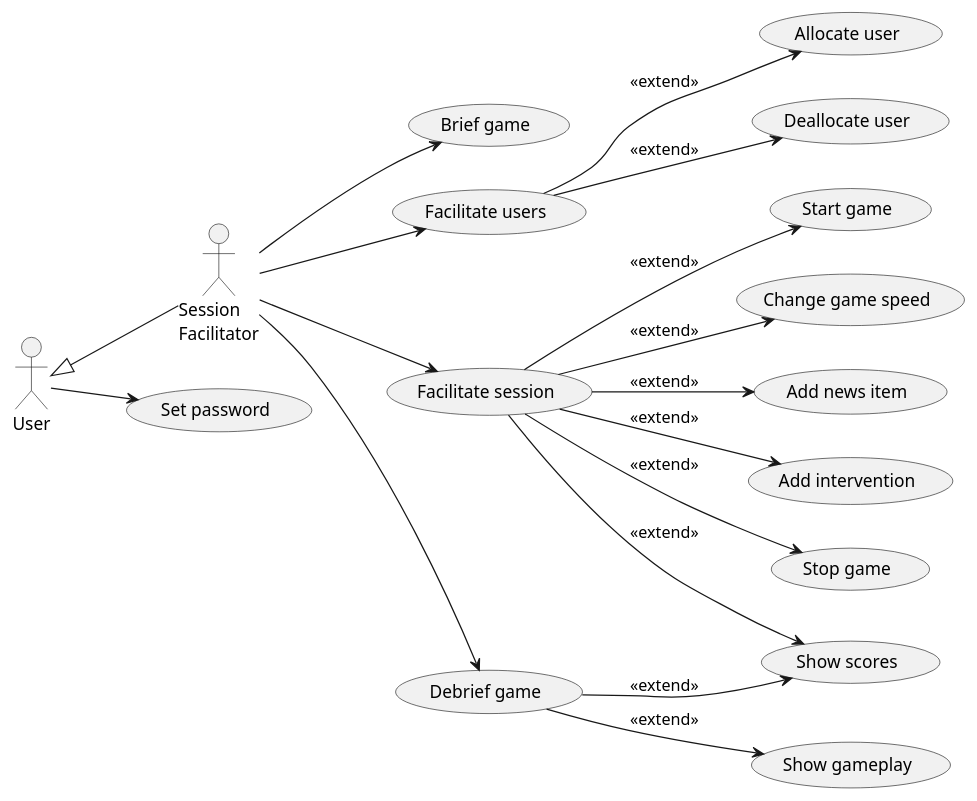
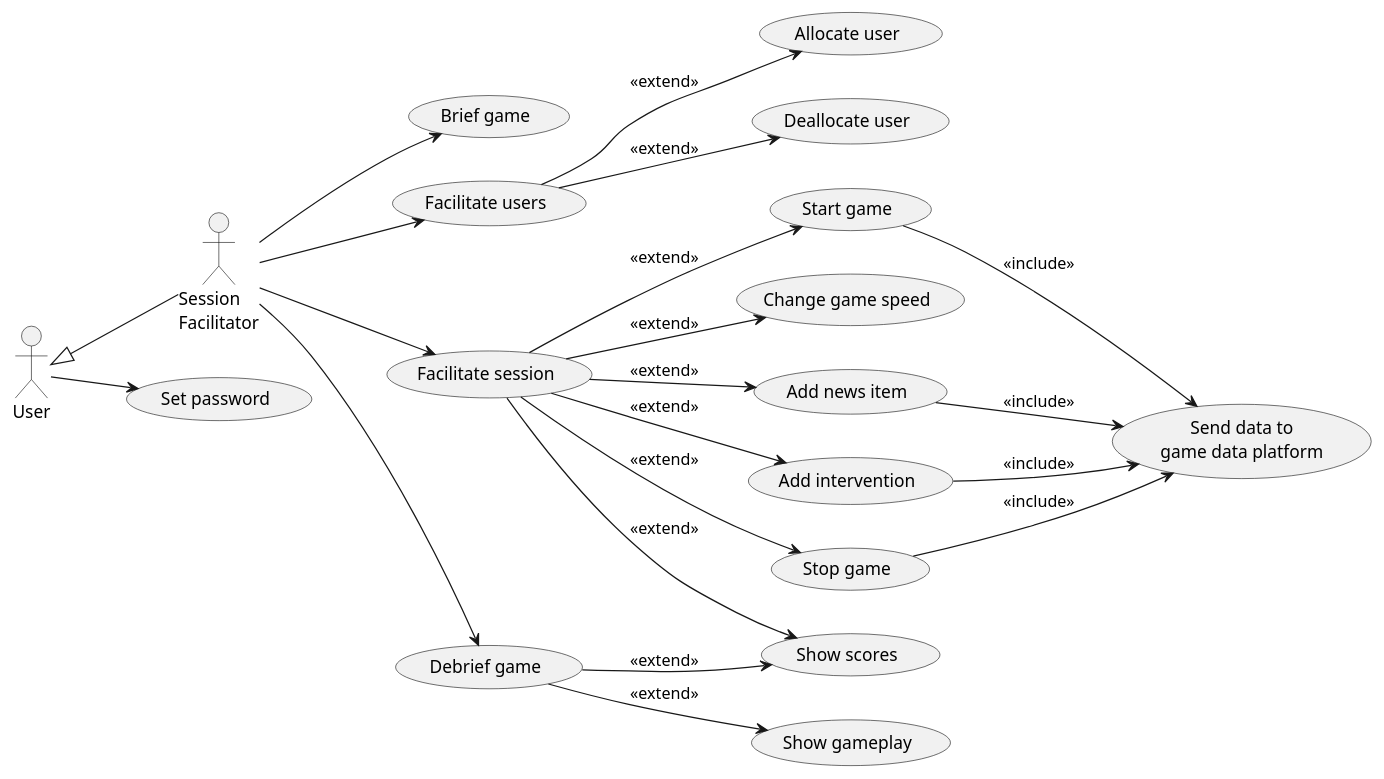
One commit to averbraeck/gscg-design changed the diagram in doc/1-use-cases/diagrams/session-facilitation.puml. Above: the diagram before and after it, drawn with PlantUML. The commit also changed 1 other file, not shown here.

Commit message:
Add send data to data game platform in two diagrams

```diff
--- a/doc/1-use-cases/diagrams/session-facilitation.puml
+++ b/doc/1-use-cases/diagrams/session-facilitation.puml
@@ -1,27 +1,32 @@
 @startuml
 left to right direction
 
 "Session\nFacilitator" as SF
 User <|-- SF
 
 User --> (Set password)
 
 SF --> (Brief game)
 
 SF --> (Facilitate users)
 (Facilitate users) --> (Allocate user) : << extend >>
 (Facilitate users) --> (Deallocate user) : << extend >>
 
 SF --> (Facilitate session)
 (Facilitate session) --> (Start game) : << extend >>
 (Facilitate session) --> (Change game speed) : << extend >>
 (Facilitate session) --> (Add news item) : << extend >>
 (Facilitate session) --> (Add intervention) : << extend >>
 (Facilitate session) --> (Stop game) : << extend >>
 (Facilitate session) --> (Show scores) : << extend >>
 
+(Start game) --> (Send data to\ngame data platform) : << include >>
+(Add news item) --> (Send data to\ngame data platform) : << include >>
+(Add intervention) --> (Send data to\ngame data platform) : << include >>
+(Stop game) --> (Send data to\ngame data platform) : << include >>
+
 SF --> (Debrief game)
 (Debrief game) --> (Show scores) : << extend >>
 (Debrief game) --> (Show gameplay) : << extend >>
 
 @enduml
```
